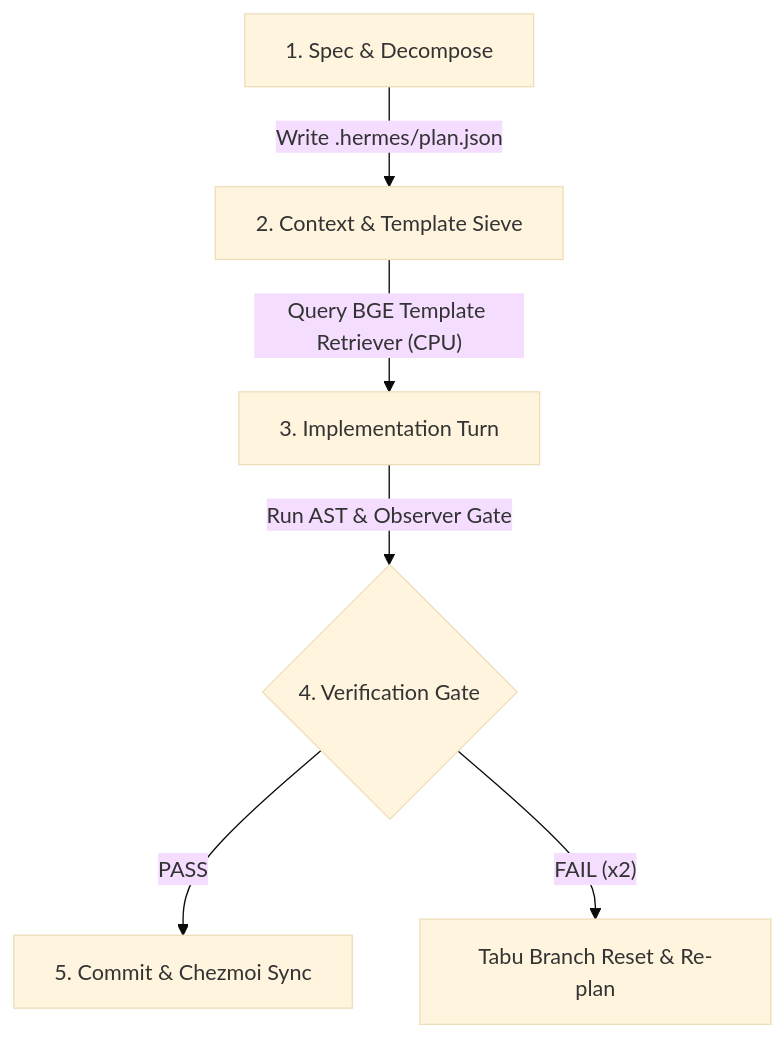
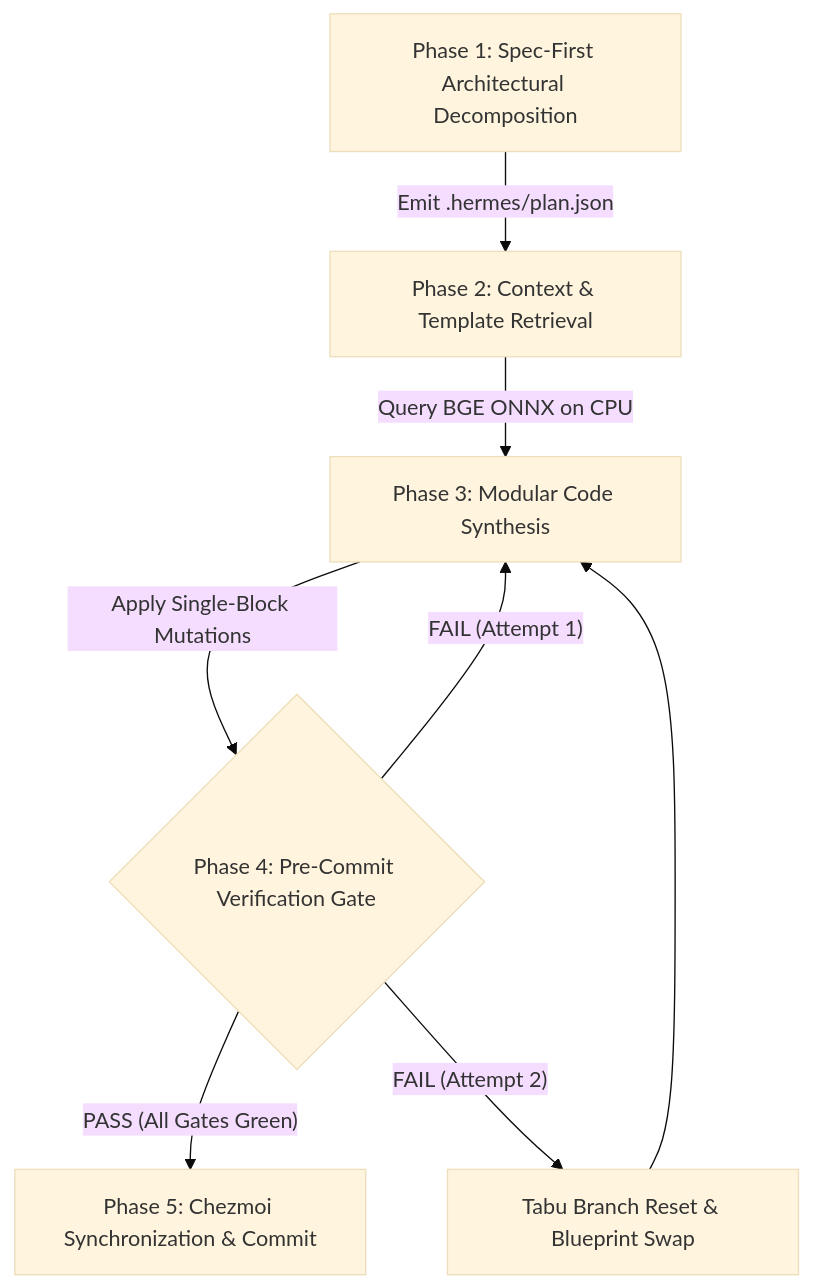
Before and after one commit to imshubhamsocial/dotfiles-hermes: the diagram in AGENTS.md, drawn with Mermaid (base theme). The commit also changed other lines of this file, not shown here.

````diff
--- a/AGENTS.md
+++ b/AGENTS.md
@@ -60,8 +72,10 @@
 ```mermaid
 graph TD
-    A["1. Spec & Decompose"] -->|"Write .hermes/plan.json"| B["2. Context & Template Sieve"]
-    B -->|"Query BGE Template Retriever (CPU)"| C["3. Implementation Turn"]
-    C -->|"Run AST & Observer Gate"| D{"4. Verification Gate"}
-    D -->|"PASS"| E["5. Commit & Chezmoi Sync"]
-    D -->|"FAIL (x2)"| F["Tabu Branch Reset & Re-plan"]
+    A["Phase 1: Spec-First Architectural Decomposition"] -->|"Emit .hermes/plan.json"| B["Phase 2: Context & Template Retrieval"]
+    B -->|"Query BGE ONNX on CPU"| C["Phase 3: Modular Code Synthesis"]
+    C -->|"Apply Single-Block Mutations"| D{"Phase 4: Pre-Commit Verification Gate"}
+    D -->|"PASS (All Gates Green)"| E["Phase 5: Chezmoi Synchronization & Commit"]
+    D -->|"FAIL (Attempt 1)"| C
+    D -->|"FAIL (Attempt 2)"| F["Tabu Branch Reset & Blueprint Swap"]
+    F --> C
 ```
````
